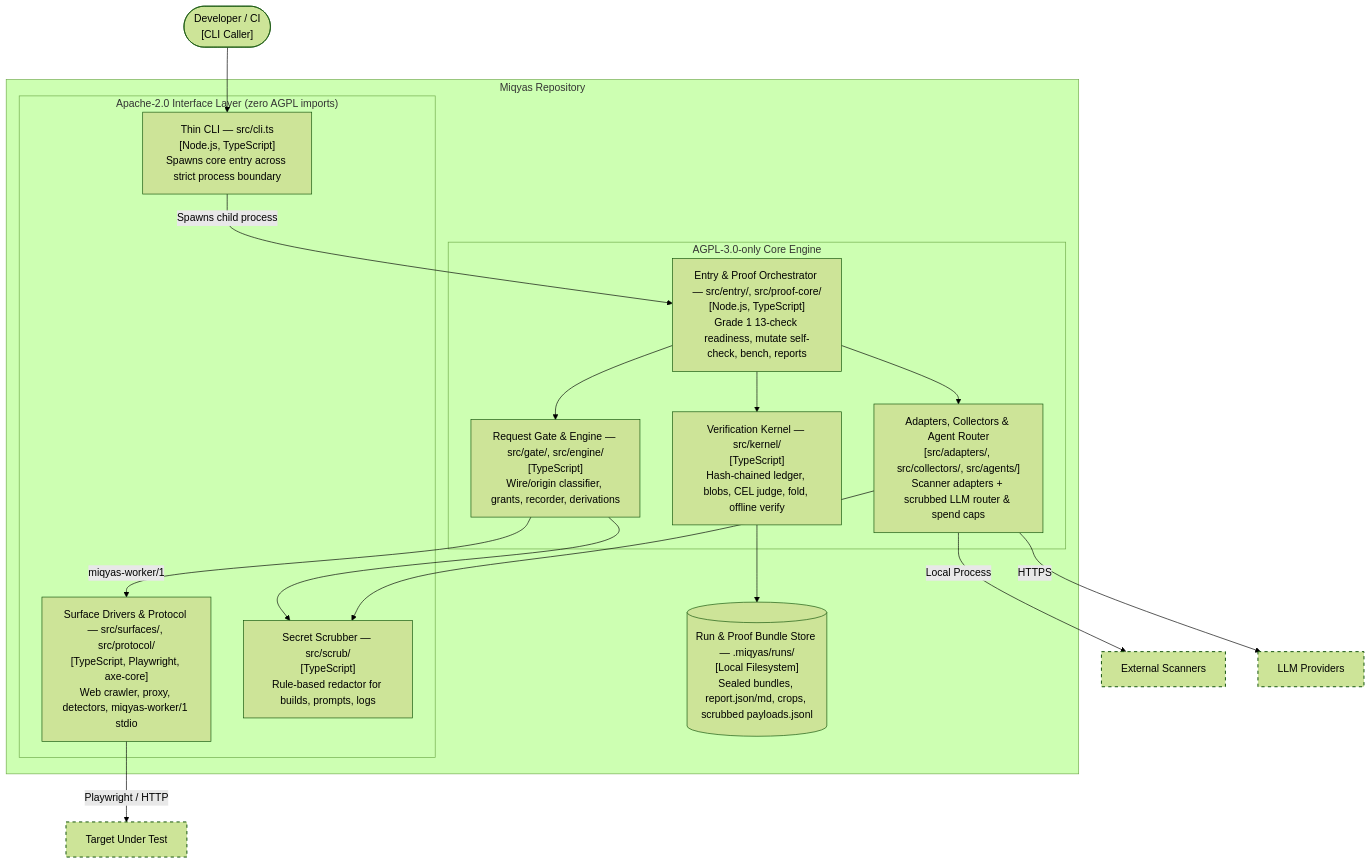
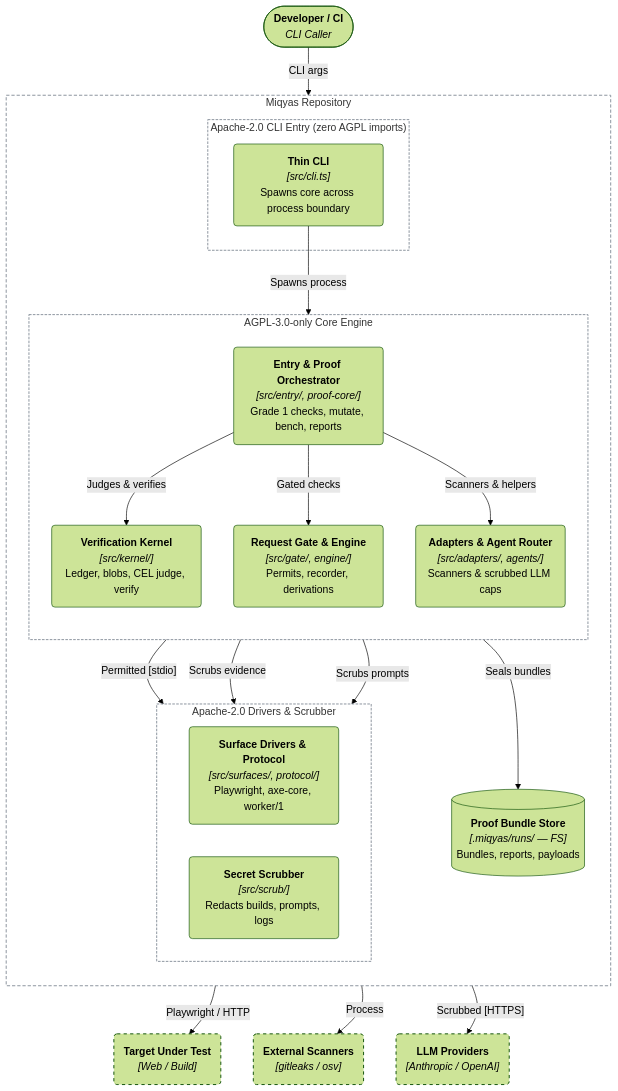
The second of 4 diagrams in README.md (Ahmad-AlModhayan/miqyas), drawn with Mermaid (forest theme) before and after one commit. The commit also changed other lines of this file, not shown here.

First line of the commit message:
docs(readme): refine C4 + UML layout, arrow routing, and sequence syntax

````diff
--- a/README.md
+++ b/README.md
@@ -89,40 +89,53 @@
 ```mermaid
 flowchart TB
-    dev(["Developer / CI<br/>[CLI Caller]"])
+    dev(["<b>Developer / CI</b><br/><i>CLI Caller</i>"])
 
     subgraph miqyas_repo["Miqyas Repository"]
-        subgraph apache_layer["Apache-2.0 Interface Layer (zero AGPL imports)"]
-            cli["Thin CLI — src/cli.ts<br/>[Node.js, TypeScript]<br/>Spawns core entry across strict process boundary"]
-            surfaces["Surface Drivers & Protocol — src/surfaces/, src/protocol/<br/>[TypeScript, Playwright, axe-core]<br/>Web crawler, proxy, detectors, miqyas-worker/1 stdio"]
-            scrubber["Secret Scrubber — src/scrub/<br/>[TypeScript]<br/>Rule-based redactor for builds, prompts, logs"]
+        direction TB
+        subgraph cli_tier["Apache-2.0 CLI Entry (zero AGPL imports)"]
+            cli("<b>Thin CLI</b><br/><i>[src/cli.ts]</i><br/>Spawns core across process boundary")
         end
 
         subgraph agpl_layer["AGPL-3.0-only Core Engine"]
-            entry["Entry & Proof Orchestrator — src/entry/, src/proof-core/<br/>[Node.js, TypeScript]<br/>Grade 1 13-check readiness, mutate self-check, bench, reports"]
-            kernel["Verification Kernel — src/kernel/<br/>[TypeScript]<br/>Hash-chained ledger, blobs, CEL judge, fold, offline verify"]
-            gate["Request Gate & Engine — src/gate/, src/engine/<br/>[TypeScript]<br/>Wire/origin classifier, grants, recorder, derivations"]
-            adapters["Adapters, Collectors & Agent Router<br/>[src/adapters/, src/collectors/, src/agents/]<br/>Scanner adapters + scrubbed LLM router & spend caps"]
+            direction TB
+            entry("<b>Entry &amp; Proof Orchestrator</b><br/><i>[src/entry/, proof-core/]</i><br/>Grade 1 checks, mutate, bench, reports")
+            kernel("<b>Verification Kernel</b><br/><i>[src/kernel/]</i><br/>Ledger, blobs, CEL judge, verify")
+            gate("<b>Request Gate &amp; Engine</b><br/><i>[src/gate/, engine/]</i><br/>Permits, recorder, derivations")
+            adapters("<b>Adapters &amp; Agent Router</b><br/><i>[src/adapters/, agents/]</i><br/>Scanners &amp; scrubbed LLM caps")
         end
 
-        store[("Run & Proof Bundle Store — .miqyas/runs/<br/>[Local Filesystem]<br/>Sealed bundles, report.json/md, crops, scrubbed payloads.jsonl")]
+        store[("<b>Proof Bundle Store</b><br/><i>[.miqyas/runs/ — FS]</i><br/>Bundles, reports, payloads")]
+
+        subgraph driver_tier["Apache-2.0 Drivers &amp; Scrubber"]
+            direction LR
+            surfaces("<b>Surface Drivers &amp; Protocol</b><br/><i>[src/surfaces/, protocol/]</i><br/>Playwright, axe-core, worker/1")
+            scrubber("<b>Secret Scrubber</b><br/><i>[src/scrub/]</i><br/>Redacts builds, prompts, logs")
+        end
     end
 
-    sut["Target Under Test"]:::ext
-    scanners["External Scanners"]:::ext
-    llms["LLM Providers"]:::ext
+    sut("<b>Target Under Test</b><br/><i>[Web / Build]</i>"):::ext
+    scanners("<b>External Scanners</b><br/><i>[gitleaks / osv]</i>"):::ext
+    llms("<b>LLM Providers</b><br/><i>[Anthropic / OpenAI]</i>"):::ext
 
-    dev --> cli
-    cli -->|"Spawns child process"| entry
-    entry --> gate
-    entry --> kernel
-    entry --> adapters
-    gate -->|"miqyas-worker/1"| surfaces
-    gate --> scrubber
+    dev -->|"CLI args"| cli
+    cli -->|"Spawns process"| entry
+    entry -->|"Judges &amp; verifies"| kernel
+    entry -->|"Gated checks"| gate
+    entry -->|"Scanners &amp; helpers"| adapters
+    kernel -->|"Seals bundles"| store
+    gate -->|"Permitted [stdio]"| surfaces
+    gate -->|"Scrubs evidence"| scrubber
+    adapters -->|"Scrubs prompts"| scrubber
+    store ~~~ sut
+    scrubber ~~~ scanners
+    scrubber ~~~ llms
     surfaces -->|"Playwright / HTTP"| sut
-    adapters -->|"Local Process"| scanners
-    adapters --> scrubber
-    adapters -->|"HTTPS"| llms
-    kernel --> store
+    adapters -->|"Process"| scanners
+    adapters -->|"Scrubbed [HTTPS]"| llms
 
-    classDef ext stroke-dasharray: 5 5,stroke-width:1.5px;
+    style miqyas_repo fill:none,stroke:#8b949e,stroke-width:1.5px,stroke-dasharray:5 3
+    style cli_tier fill:none,stroke:#8b949e,stroke-width:1.5px,stroke-dasharray:4 2
+    style agpl_layer fill:none,stroke:#8b949e,stroke-width:1.5px,stroke-dasharray:4 2
+    style driver_tier fill:none,stroke:#8b949e,stroke-width:1.5px,stroke-dasharray:4 2
+    classDef ext stroke-dasharray:5 5,stroke-width:1.5px;
 ```
````
